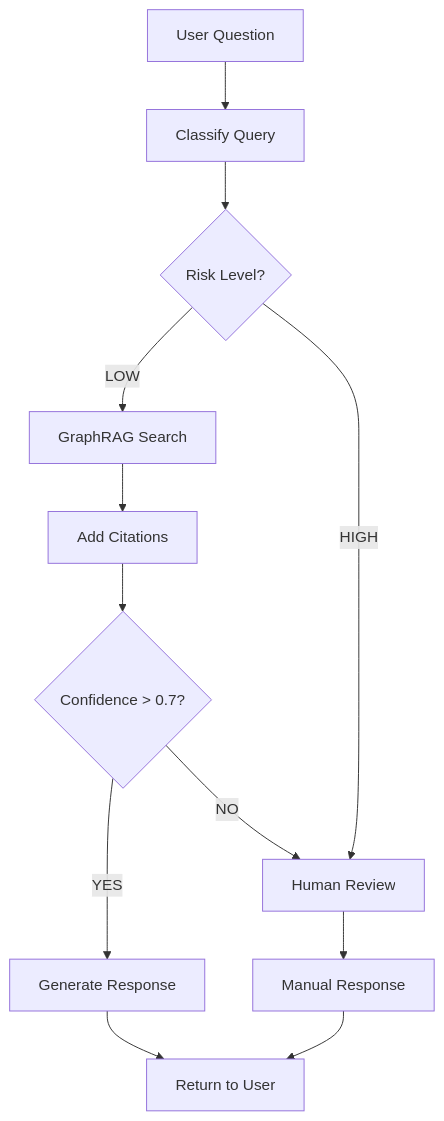
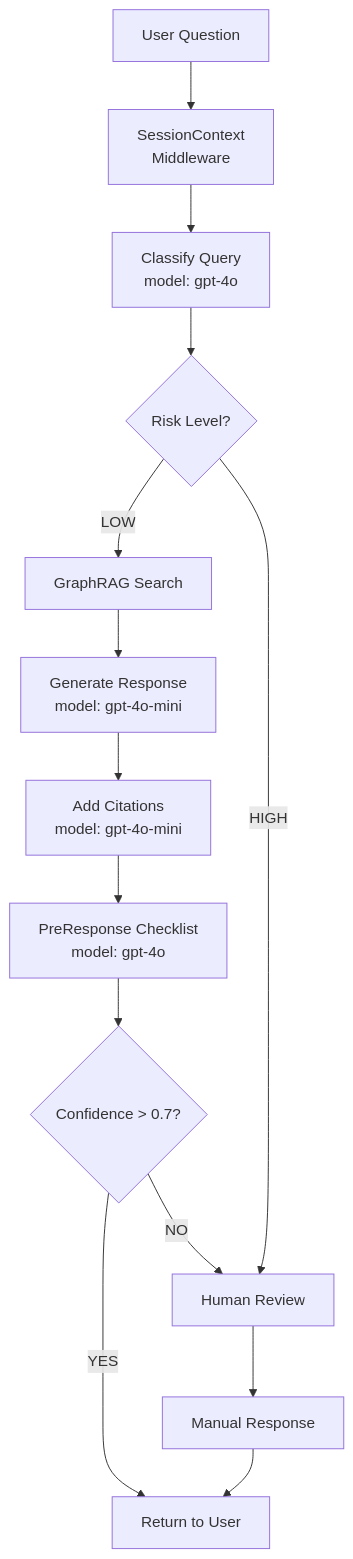
Before and after one commit to glovvva/GapRoll: the second of 3 diagrams in paycompass-v2/docs/06_AGENT_BLUEPRINTS.md, drawn with Mermaid. The commit also changed other lines of this file and 114 other files, not shown here.

````diff
--- a/paycompass-v2/docs/06_AGENT_BLUEPRINTS.md
+++ b/paycompass-v2/docs/06_AGENT_BLUEPRINTS.md
@@ -248,14 +544,16 @@
 ```mermaid
 graph TD
-    START[User Question] --> CLASSIFY[Classify Query]
+    START[User Question] --> SESSION[SessionContext<br/>Middleware]
+    SESSION --> CLASSIFY[Classify Query<br/>model: gpt-4o]
     CLASSIFY --> RISK{Risk Level?}
     RISK -->|LOW| RAG[GraphRAG Search]
     RISK -->|HIGH| HITL[Human Review]
-    RAG --> CITE[Add Citations]
-    CITE --> CONFIDENCE{Confidence > 0.7?}
-    CONFIDENCE -->|YES| RESPONSE[Generate Response]
+    RAG --> GENERATE[Generate Response<br/>model: gpt-4o-mini]
+    GENERATE --> CITE[Add Citations<br/>model: gpt-4o-mini]
+    CITE --> VERIFY[PreResponse Checklist<br/>model: gpt-4o]
+    VERIFY --> CONFIDENCE{Confidence > 0.7?}
+    CONFIDENCE -->|YES| RESPONSE[Return to User]
     CONFIDENCE -->|NO| HITL
-    RESPONSE --> END[Return to User]
     HITL --> MANUAL[Manual Response]
-    MANUAL --> END
+    MANUAL --> RESPONSE
 ```
````
